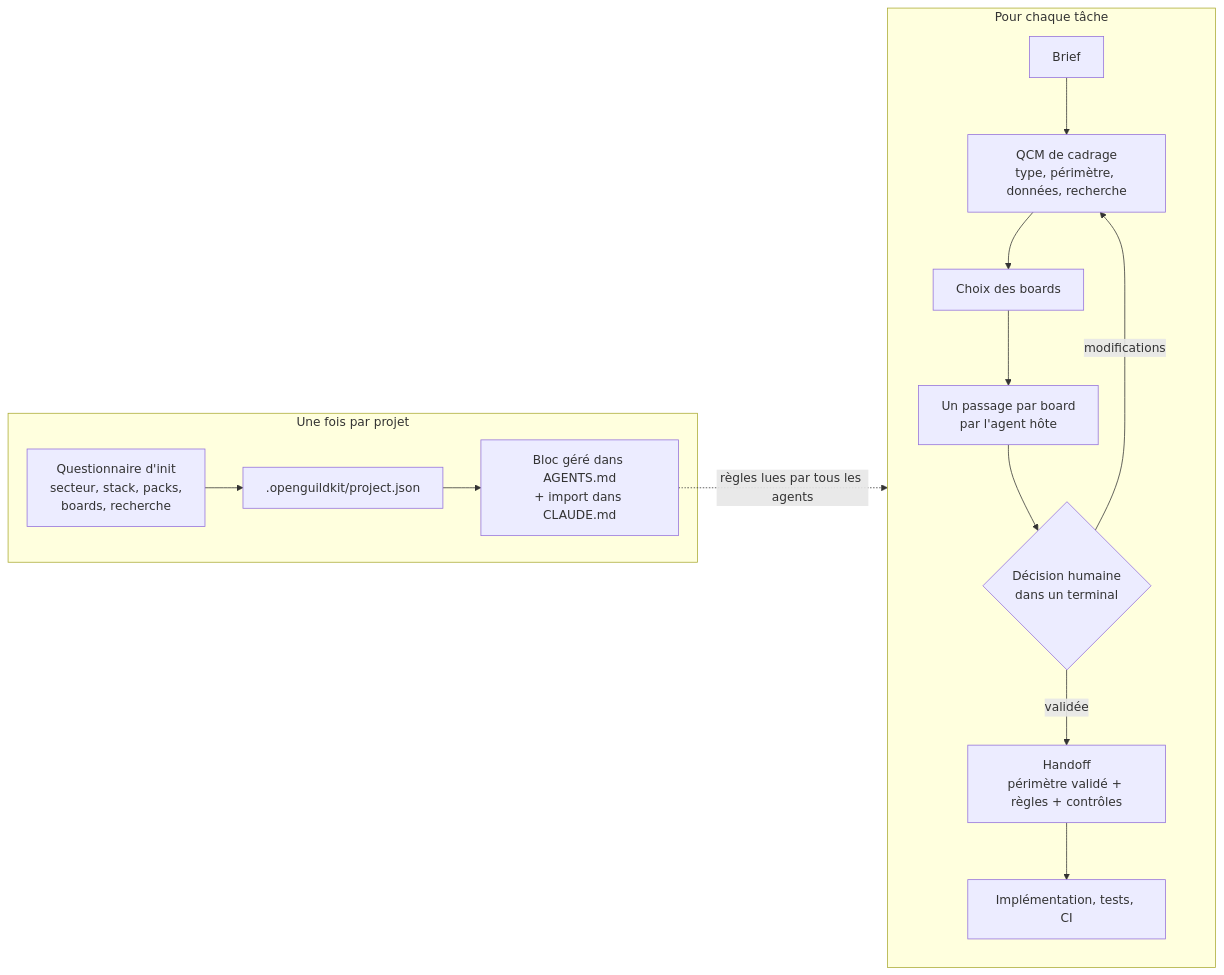
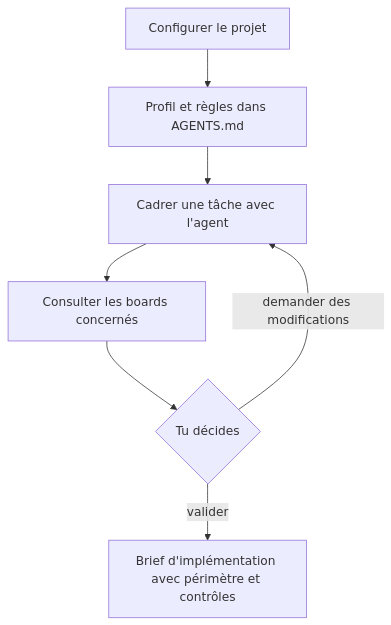
One commit to Sandbox-podcast/OpenGuildKit changed the diagram in README.fr.md. Above: the diagram before and after it, drawn with Mermaid. The commit also changed other lines of this file and 30 other files, not shown here.

````diff
--- a/README.fr.md
+++ b/README.fr.md
@@ -35,17 +33,9 @@
 ```mermaid
-flowchart LR
-    subgraph Setup["Une fois par projet"]
-        Q1["Questionnaire d'init<br/>secteur, stack, packs,<br/>boards, recherche"] --> P[".openguildkit/project.json"]
-        P --> A["Bloc géré dans AGENTS.md<br/>+ import dans CLAUDE.md"]
-    end
-    subgraph Task["Pour chaque tâche"]
-        B["Brief"] --> Q2["QCM de cadrage<br/>type, périmètre, données, recherche"]
-        Q2 --> R["Choix des boards"]
-        R --> V["Un passage par board<br/>par l'agent hôte"]
-        V --> D{"Décision humaine<br/>dans un terminal"}
-        D -- validée --> H["Handoff<br/>périmètre validé + règles + contrôles"]
-        D -- modifications --> Q2
-        H --> I["Implémentation, tests, CI"]
-    end
-    A -. "règles lues par tous les agents" .-> Task
+flowchart TB
+    S["Configurer le projet"] --> R["Profil et règles dans AGENTS.md"]
+    R --> B["Cadrer une tâche avec l'agent"]
+    B --> V["Consulter les boards concernés"]
+    V --> D{"Tu décides"}
+    D -- demander des modifications --> B
+    D -- valider --> H["Brief d'implémentation avec périmètre et contrôles"]
 ```
````
